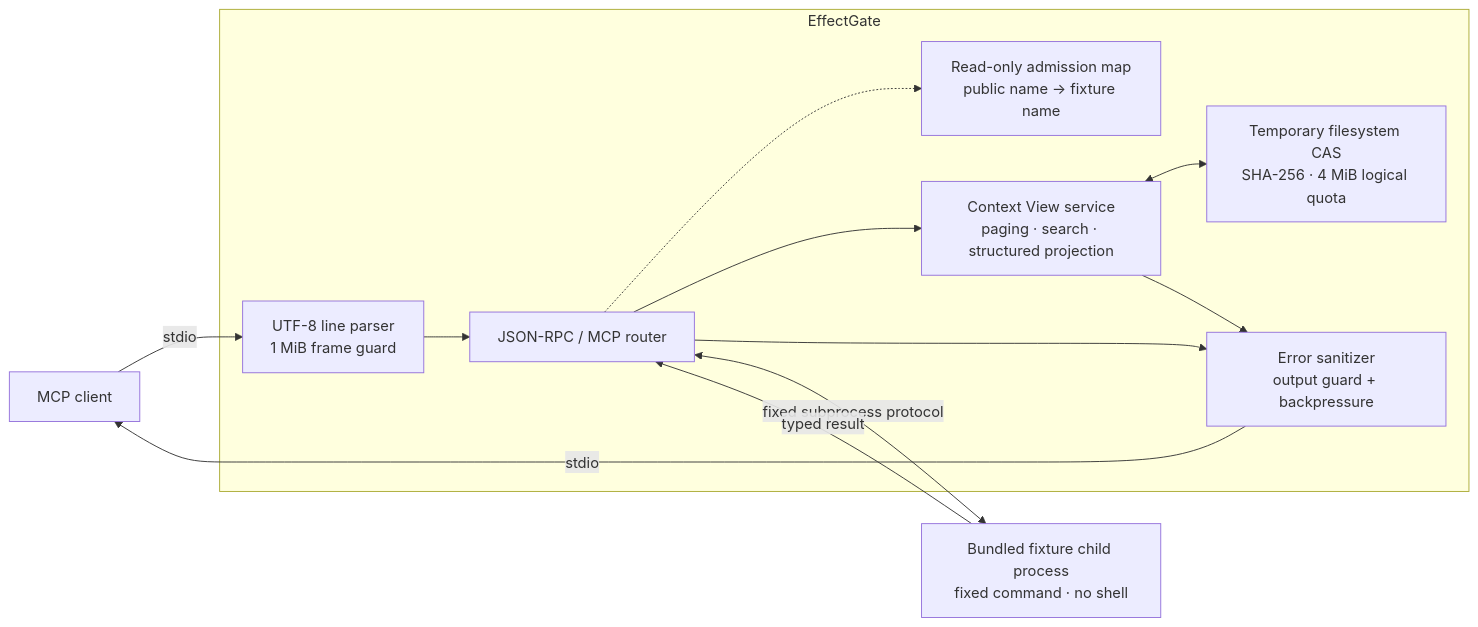
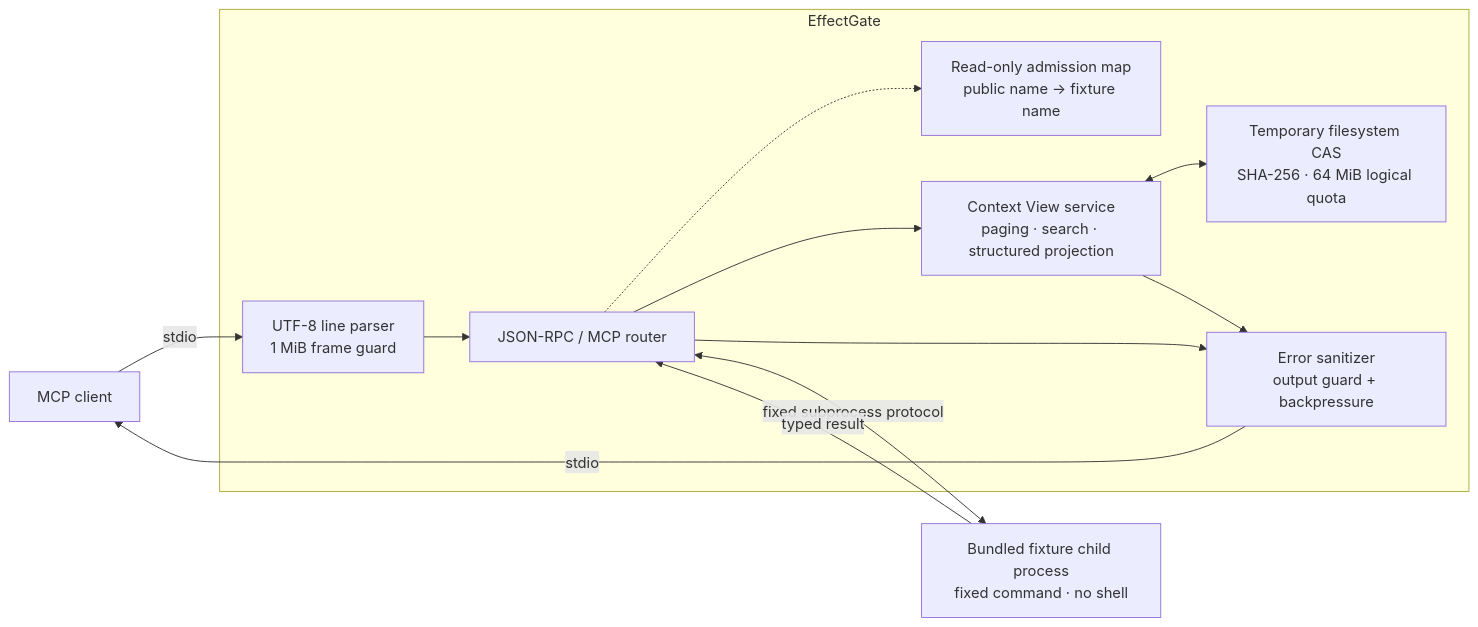
The diagram in README.md (Miniks040506/EffectGate), drawn with Mermaid before and after one commit. The commit also changed other lines of this file and 3 other files, not shown here.

````diff
--- a/README.md
+++ b/README.md
@@ -153,27 +153,27 @@
 ```mermaid
 flowchart LR
     Client["MCP client"]
 
     subgraph Gate["EffectGate"]
         Input["UTF-8 line parser<br/>1 MiB frame guard"]
         Router["JSON-RPC / MCP router"]
         Catalog["Read-only admission map<br/>public name → fixture name"]
         Views["Context View service<br/>paging · search · structured projection"]
-        Store["Temporary filesystem CAS<br/>SHA-256 · 4 MiB logical quota"]
+        Store["Temporary filesystem CAS<br/>SHA-256 · 64 MiB logical quota"]
         Output["Error sanitizer<br/>output guard + backpressure"]
 
         Input --> Router
         Router -.-> Catalog
         Router --> Views
         Views <--> Store
         Router --> Output
         Views --> Output
     end
 
     Fixture["Bundled fixture child process<br/>fixed command · no shell"]
 
     Client -->|"stdio"| Input
     Router <-->|"fixed subprocess protocol"| Fixture
     Fixture -->|"typed result"| Router
     Output -->|"stdio"| Client
 ```
````
